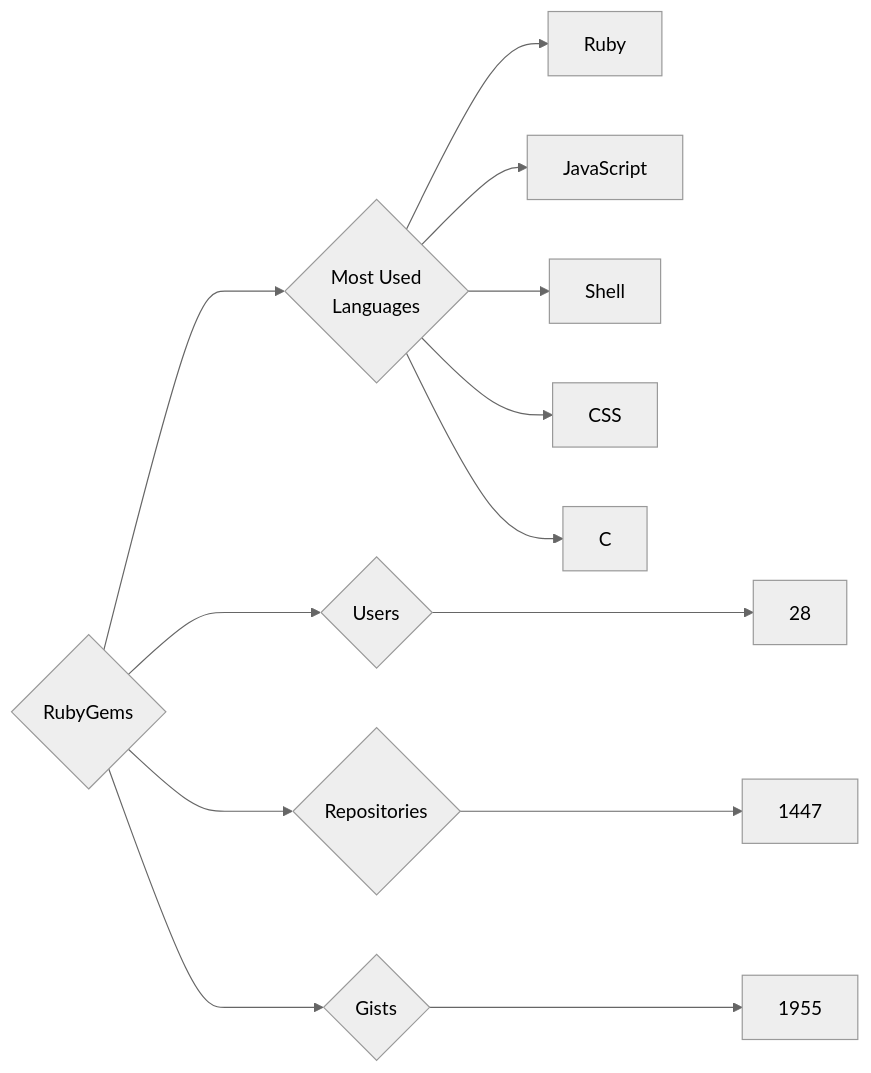
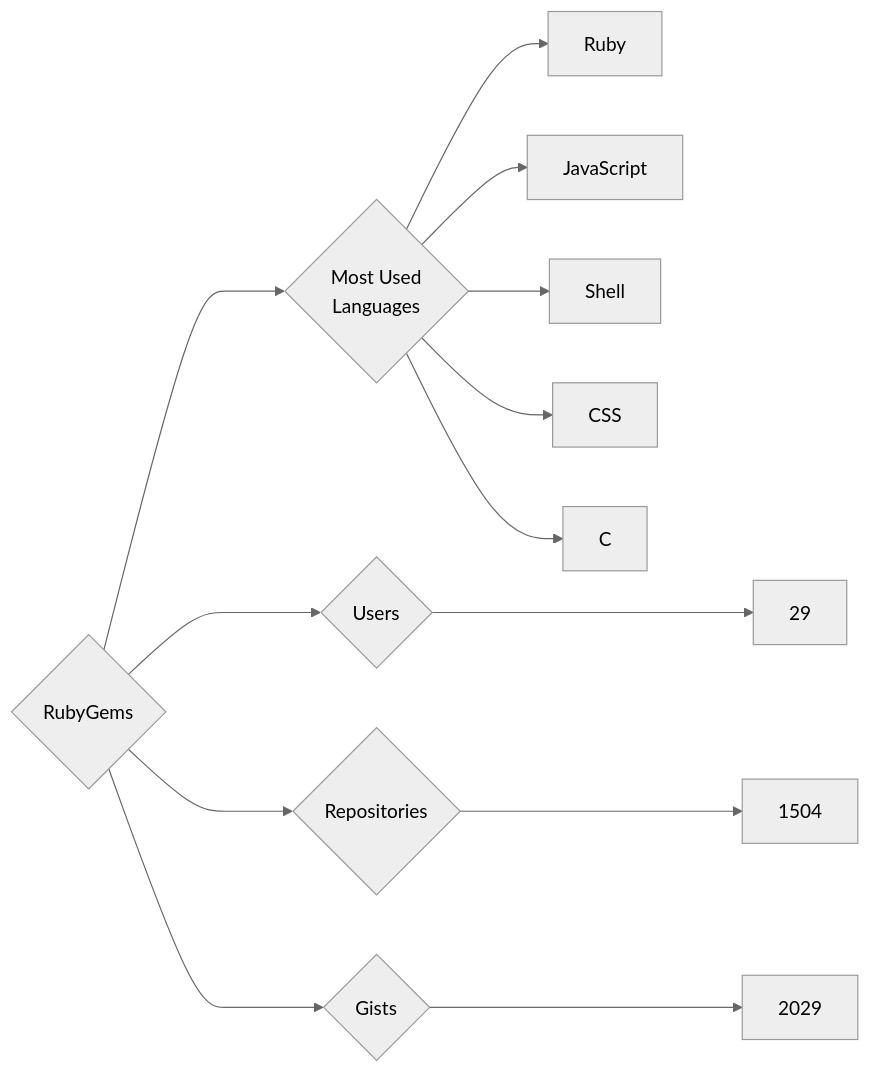
Before and after one commit to trickest/insiders: the diagram in targets/RubyGems/README.md, drawn with Mermaid (neutral theme). The commit also changed 870 other files, not shown here.

````diff
--- a/targets/RubyGems/README.md
+++ b/targets/RubyGems/README.md
@@ -3,13 +3,13 @@
 ```mermaid
 graph LR
 COMPANY_NAME{RubyGems}
-COMPANY_NAME ---> U{Users} ---> UN[28]
-COMPANY_NAME ---> R{Repositories} ---> RN[1447]
-COMPANY_NAME ---> G{Gists} ---> GN[1955]
+COMPANY_NAME ---> U{Users} ---> UN[29]
+COMPANY_NAME ---> R{Repositories} ---> RN[1504]
+COMPANY_NAME ---> G{Gists} ---> GN[2029]
 COMPANY_NAME ---> ML{Most Used<br>Languages}
 ML --> Ruby[Ruby]
 ML --> JavaScript[JavaScript]
 ML --> Shell[Shell]
 ML --> CSS[CSS]
 ML --> C[C]
 ```
````
